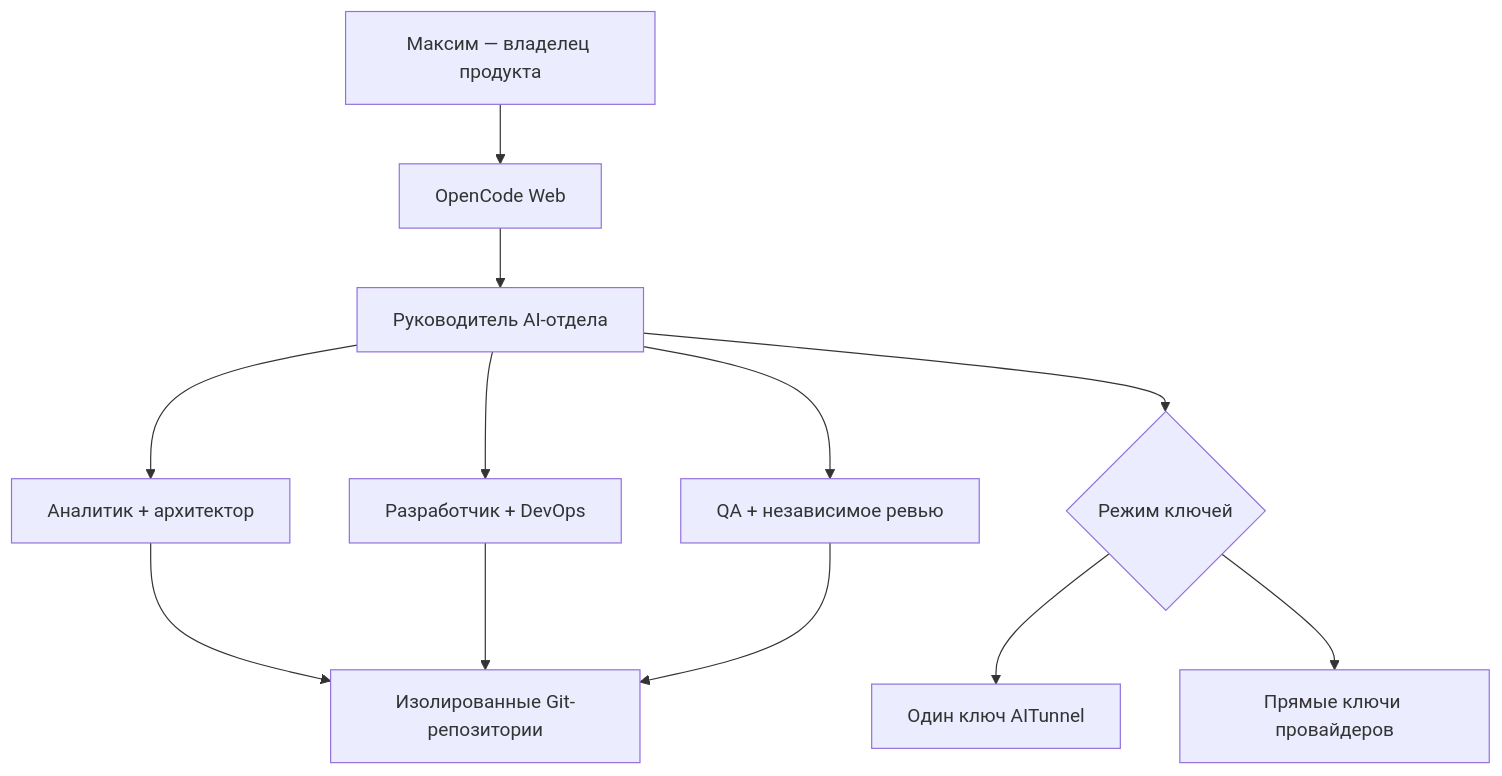
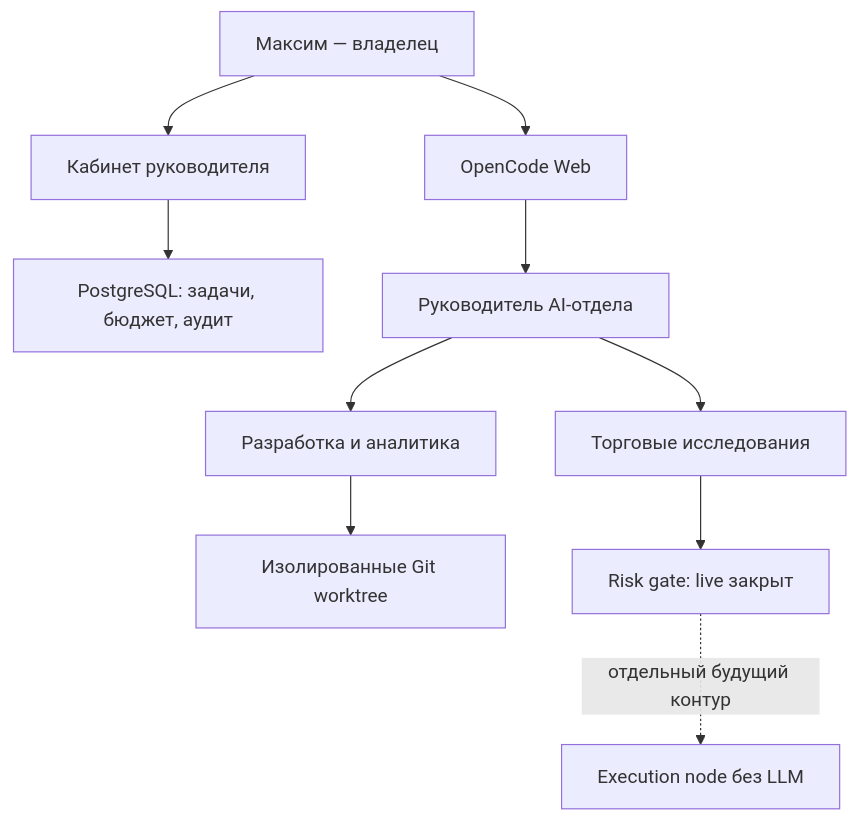
One commit to m9117882424/ai_orchestra changed the diagram in README.md. Above: the diagram before and after it, drawn with Mermaid. The commit also changed other lines of this file and 38 other files, not shown here.

First line of the commit message:
Кабинет руководителя и безопасный торговый контур (#2)

````diff
--- a/README.md
+++ b/README.md
@@ -24,14 +33,12 @@
 ```mermaid
 flowchart TD
-    Owner["Максим — владелец продукта"] --> UI["OpenCode Web"]
-    UI --> Lead["Руководитель AI-отдела"]
-    Lead --> Analysis["Аналитик + архитектор"]
-    Lead --> Build["Разработчик + DevOps"]
-    Lead --> Control["QA + независимое ревью"]
-    Analysis --> Repo["Изолированные Git-репозитории"]
-    Build --> Repo
-    Control --> Repo
-    Lead --> Route{"Режим ключей"}
-    Route --> Shared["Один ключ AITunnel"]
-    Route --> Separate["Прямые ключи провайдеров"]
+    Owner["Максим — владелец"] --> Manager["Кабинет руководителя"]
+    Owner --> OpenCode["OpenCode Web"]
+    Manager --> DB["PostgreSQL: задачи, бюджет, аудит"]
+    OpenCode --> Lead["Руководитель AI-отдела"]
+    Lead --> Dev["Разработка и аналитика"]
+    Lead --> Trade["Торговые исследования"]
+    Dev --> Worktrees["Изолированные Git worktree"]
+    Trade --> Guard["Risk gate: live закрыт"]
+    Guard -. "отдельный будущий контур" .-> Execution["Execution node без LLM"]
 ```
````
